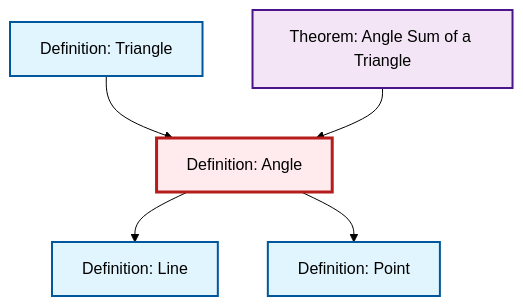
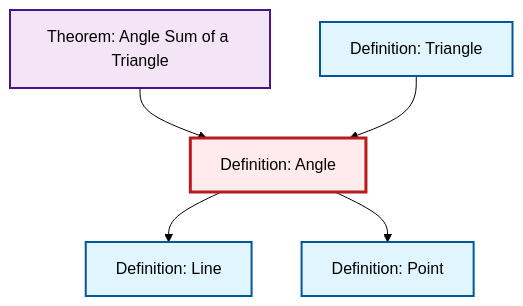
Before and after one commit to RK0429/ModernMath: the diagram in content/en/geometry/def-angle.qmd, drawn with Mermaid (forest theme). The commit also changed other lines of this file and 619 other files, not shown here.

````diff
--- a/content/en/geometry/def-angle.qmd
+++ b/content/en/geometry/def-angle.qmd
@@ -49,23 +49,23 @@
 ```{mermaid}
 %%| fig-cap: "Local dependency graph"
 graph TD
     classDef definition fill:#e1f5fe,stroke:#01579b,stroke-width:2px
     classDef theorem fill:#f3e5f5,stroke:#4a148c,stroke-width:2px
     classDef axiom fill:#fff3e0,stroke:#e65100,stroke-width:2px
     classDef example fill:#e8f5e9,stroke:#1b5e20,stroke-width:2px
     classDef current fill:#ffebee,stroke:#b71c1c,stroke-width:3px
+    def-point["Definition: Point"]:::definition
     thm-angle-sum-triangle["Theorem: Angle Sum of a Triangle"]:::theorem
     def-triangle["Definition: Triangle"]:::definition
     def-line["Definition: Line"]:::definition
     def-angle["Definition: Angle"]:::definition
-    def-point["Definition: Point"]:::definition
-    def-triangle --> def-angle
     thm-angle-sum-triangle --> def-angle
     def-angle --> def-line
     def-angle --> def-point
+    def-triangle --> def-angle
     class def-angle current
+    click def-point "def-point.html" "Go to Point definition"
     click thm-angle-sum-triangle "thm-angle-sum-triangle.html" "Go to Angle Sum of a Triangle theorem"
     click def-triangle "def-triangle.html" "Go to Triangle definition"
     click def-line "def-line.html" "Go to Line definition"
-    click def-point "def-point.html" "Go to Point definition"
 ```
````
